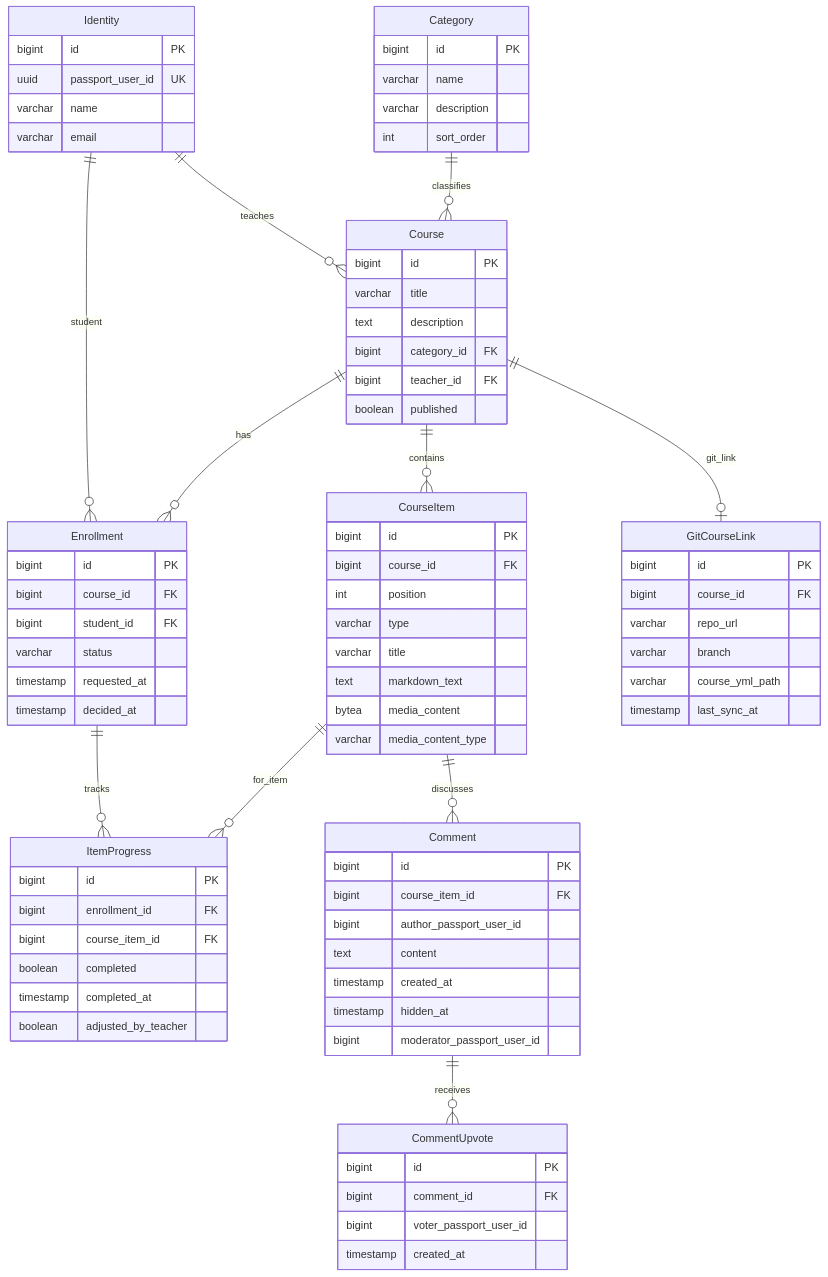
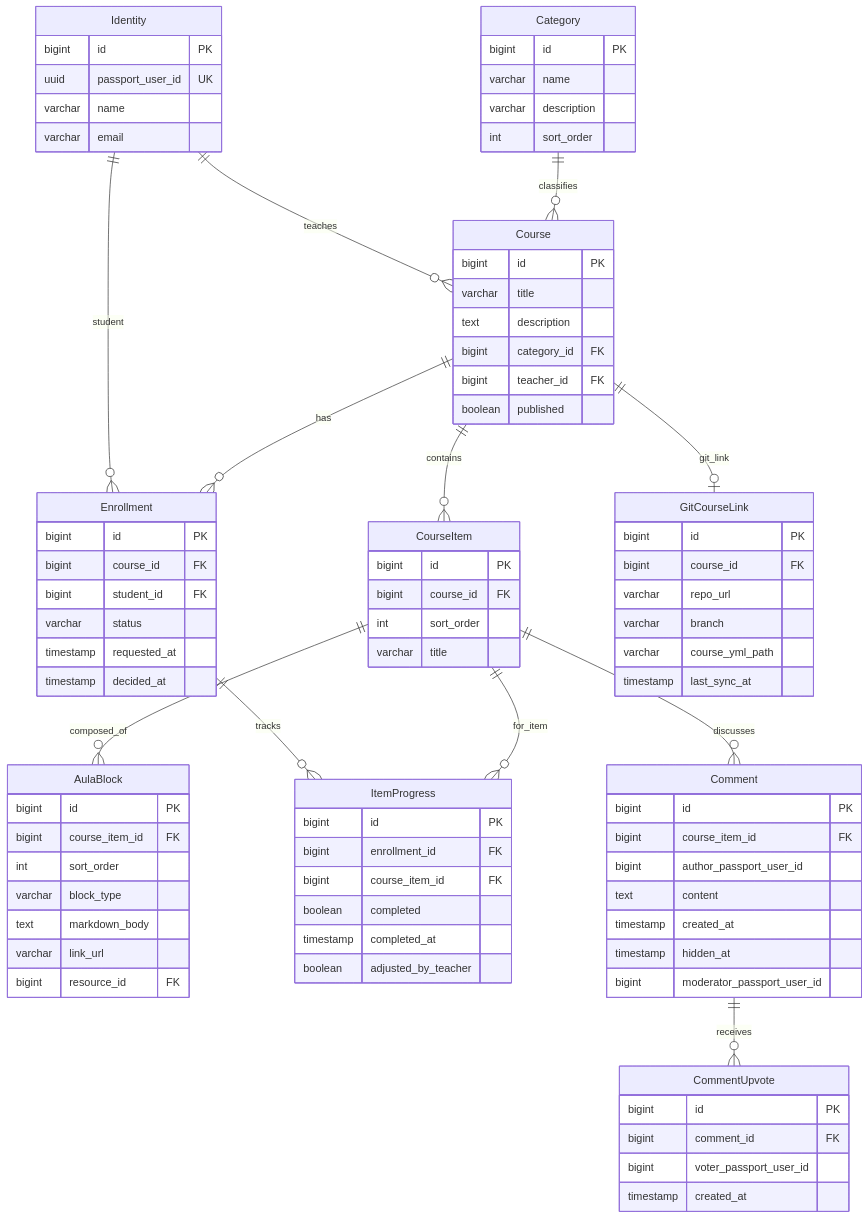
Before and after one commit to vepo/cursos: the second of 2 diagrams in docs/domain-specification.md, drawn with Mermaid. The commit also changed other lines of this file and 74 other files, not shown here.

First line of the commit message:
Refactor course content structure to support composite aulas with ordered blocks

```diff
--- a/docs/domain-specification.md
+++ b/docs/domain-specification.md
@@ -286,12 +296,17 @@
     CourseItem {
         bigint id PK
         bigint course_id FK
-        int position
-        varchar type
+        int sort_order
         varchar title
-        text markdown_text
-        bytea media_content
-        varchar media_content_type
+    }
+    AulaBlock {
+        bigint id PK
+        bigint course_item_id FK
+        int sort_order
+        varchar block_type
+        text markdown_body
+        varchar link_url
+        bigint resource_id FK
     }
     Enrollment {
         bigint id PK
@@ -336,6 +351,7 @@
     Identity ||--o{ Course : teaches
     Category ||--o{ Course : classifies
     Course ||--o{ CourseItem : contains
+    CourseItem ||--o{ AulaBlock : composed_of
     Identity ||--o{ Enrollment : student
     Course ||--o{ Enrollment : has
     Enrollment ||--o{ ItemProgress : tracks
```
